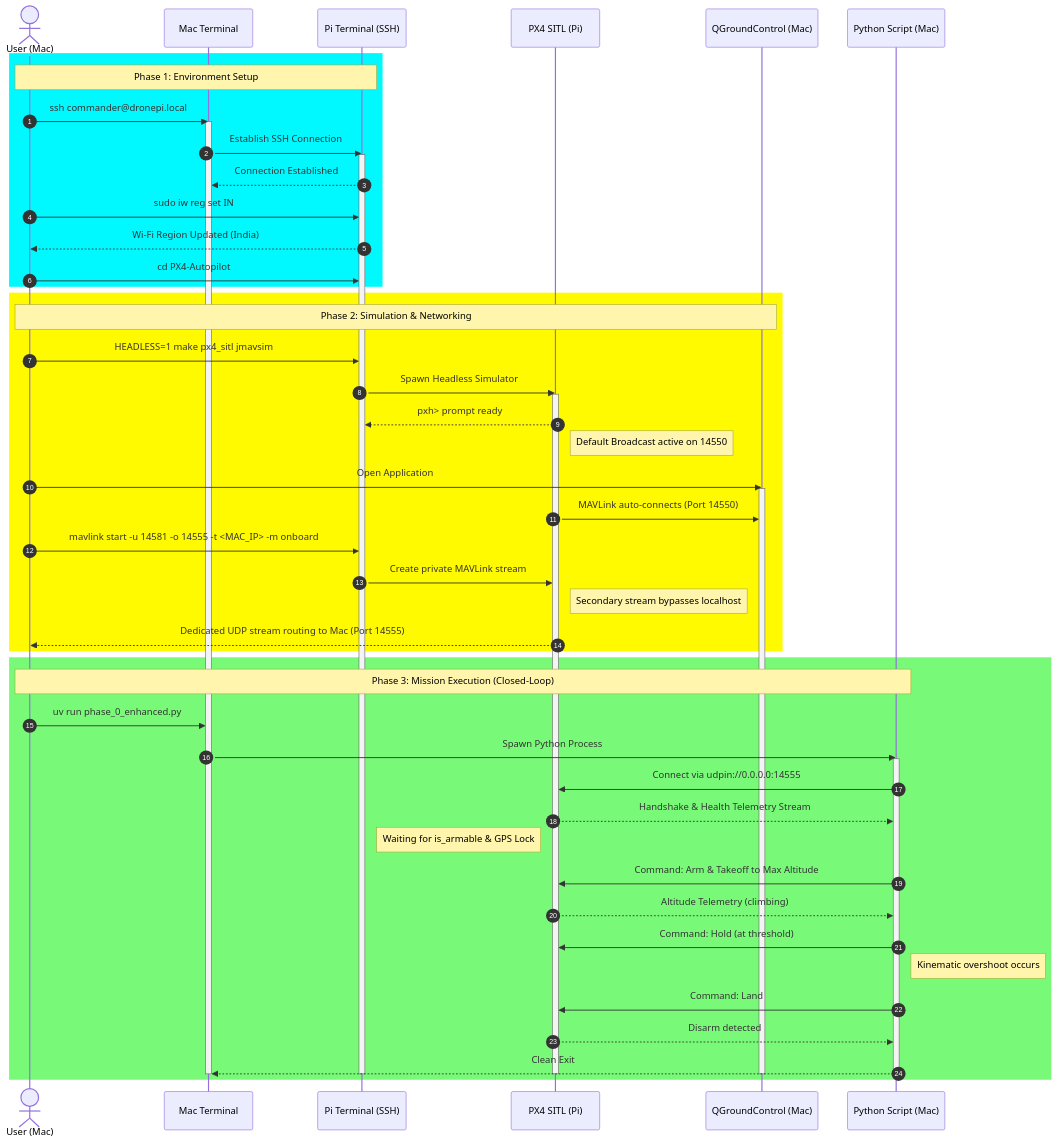
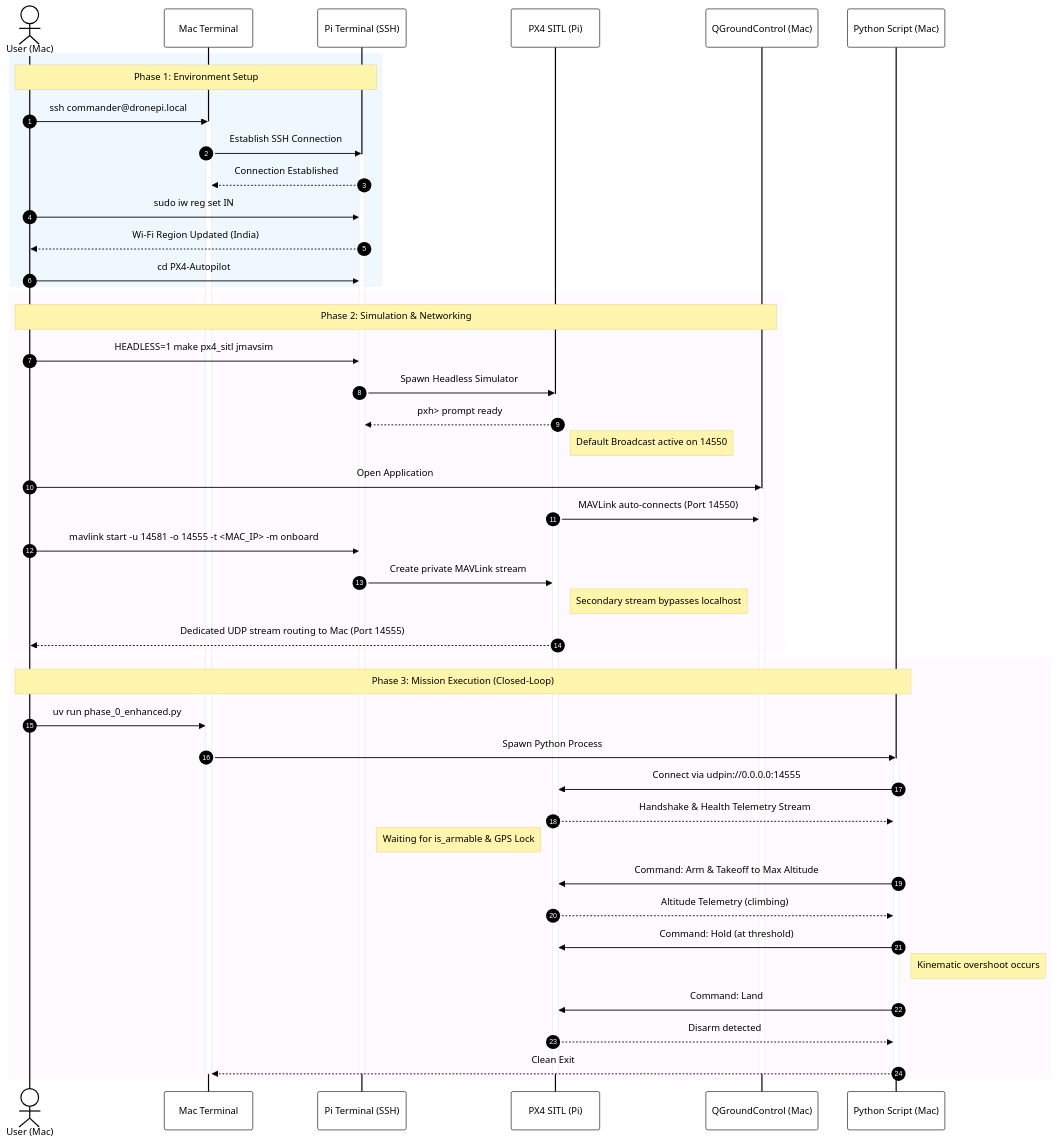
The diagram in README.md (tejas-jm/mav-sortie), drawn with Mermaid before and after one commit.

Commit message:
Mermaid Fixed In ReadME

````diff
--- a/README.md
+++ b/README.md
@@ -79,61 +79,62 @@
-```mermaid 
+```mermaid
+%%{init: { 'theme': 'base', 'themeVariables': { 'primaryColor': '#ffffff', 'lineColor': '#000000', 'textColor': '#000000', 'mainBkg': '#ffffff', 'nodeBorder': '#000000', 'actorBorder': '#000000', 'actorBkg': '#ffffff', 'actorTextColor': '#000000', 'actorLineColor': '#000000', 'signalColor': '#000000', 'signalTextColor': '#000000', 'labelBoxBorderColor': '#000000', 'labelBoxBkgColor': '#ffffff', 'labelTextColor': '#000000', 'loopTextColor': '#000000', 'noteTextColor': '#000000', 'noteBkgColor': '#fff5ad' } } }%%
 sequenceDiagram
     autonumber
     
     actor User as User (Mac)
     participant MacTerm as Mac Terminal
     participant PiTerm as Pi Terminal (SSH)
     participant PX4 as PX4 SITL (Pi)
     participant QGC as QGroundControl (Mac)
     participant MAVSDK as Python Script (Mac)
 
-    rect rgb(0, 248, 255)
+    rect rgb(240, 248, 255)
     Note over User, PiTerm: Phase 1: Environment Setup
     User->>MacTerm: ssh commander@dronepi.local
     activate MacTerm
     MacTerm->>PiTerm: Establish SSH Connection
     activate PiTerm
     PiTerm-->>MacTerm: Connection Established
     User->>PiTerm: sudo iw reg set IN
     PiTerm-->>User: Wi-Fi Region Updated (India)
     User->>PiTerm: cd PX4-Autopilot
     end
 
-    rect rgb(255, 250, 0)
+    rect rgb(255, 250, 255)
     Note over User, QGC: Phase 2: Simulation & Networking
     User->>PiTerm: HEADLESS=1 make px4_sitl jmavsim
     PiTerm->>PX4: Spawn Headless Simulator
     activate PX4
     PX4-->>PiTerm: pxh> prompt ready
     Note right of PX4: Default Broadcast active on 14550
     User->>QGC: Open Application
     activate QGC
     PX4->>QGC: MAVLink auto-connects (Port 14550)
     User->>PiTerm: mavlink start -u 14581 -o 14555 -t <MAC_IP> -m onboard
     PiTerm->>PX4: Create private MAVLink stream
     Note right of PX4: Secondary stream bypasses localhost
     PX4-->>User: Dedicated UDP stream routing to Mac (Port 14555)
     end
 
-    rect rgb(120, 250, 120)
+    rect rgb(255, 250, 255)
     Note over User, MAVSDK: Phase 3: Mission Execution (Closed-Loop)
     User->>MacTerm: uv run phase_0_enhanced.py
     MacTerm->>MAVSDK: Spawn Python Process
     activate MAVSDK
     MAVSDK->>PX4: Connect via udpin://0.0.0.0:14555
     PX4-->>MAVSDK: Handshake & Health Telemetry Stream
     Note left of PX4: Waiting for is_armable & GPS Lock
     MAVSDK->>PX4: Command: Arm & Takeoff to Max Altitude
     PX4-->>MAVSDK: Altitude Telemetry (climbing)
     MAVSDK->>PX4: Command: Hold (at threshold)
     Note right of MAVSDK: Kinematic overshoot occurs
     MAVSDK->>PX4: Command: Land
     PX4-->>MAVSDK: Disarm detected
     MAVSDK-->>MacTerm: Clean Exit
     deactivate MAVSDK
     deactivate QGC
     deactivate PX4
     deactivate PiTerm
     deactivate MacTerm
     end
 ```
````
